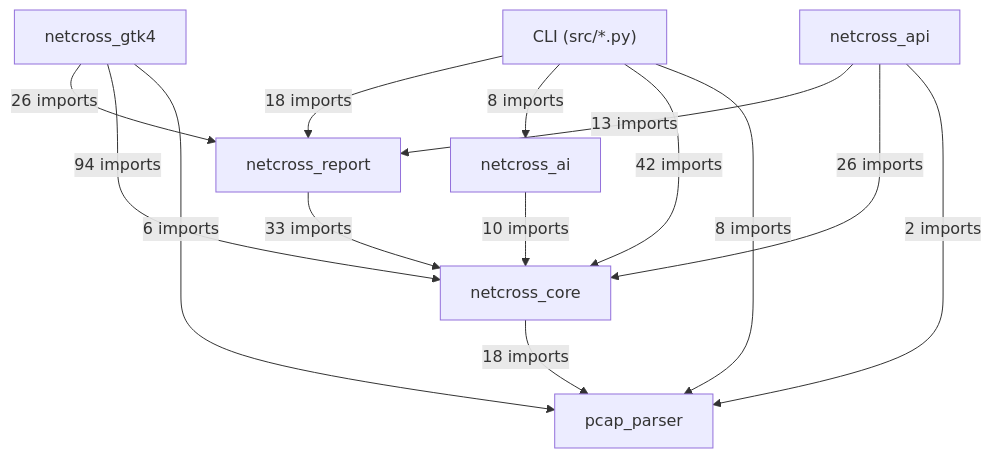
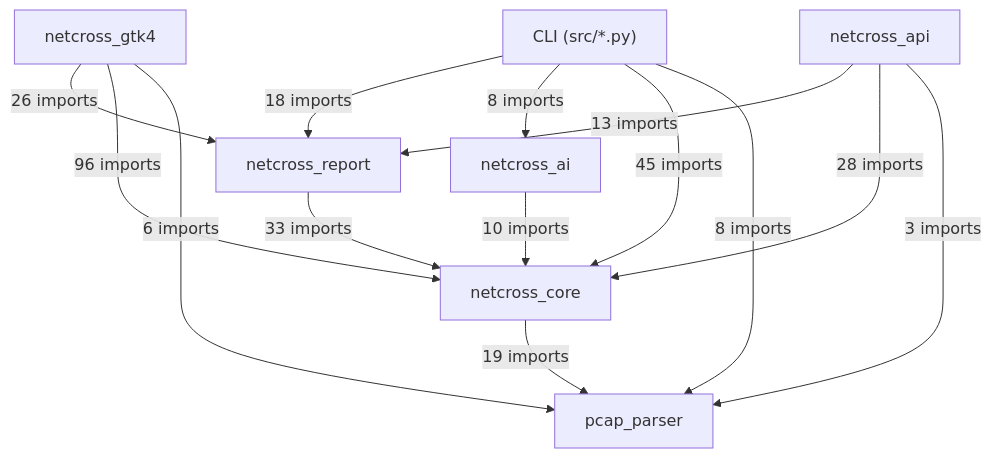
Before and after one commit to Mathide-Team/Netcross: the first of 20 diagrams in docs/class-diagram.md, drawn with Mermaid. The commit also changed other lines of this file and 12 other files, not shown here.

````diff
--- a/docs/class-diagram.md
+++ b/docs/class-diagram.md
@@ -26,23 +26,23 @@
 ```mermaid
 flowchart TD
     CLI["CLI (src/*.py)"]
     netcross_gtk4["netcross_gtk4"]
     netcross_api["netcross_api"]
     netcross_report["netcross_report"]
     netcross_ai["netcross_ai"]
     netcross_core["netcross_core"]
     pcap_parser["pcap_parser"]
     CLI -->|"18 imports"| netcross_report
     CLI -->|"8 imports"| netcross_ai
-    CLI -->|"42 imports"| netcross_core
+    CLI -->|"45 imports"| netcross_core
     CLI -->|"8 imports"| pcap_parser
     netcross_gtk4 -->|"26 imports"| netcross_report
-    netcross_gtk4 -->|"94 imports"| netcross_core
+    netcross_gtk4 -->|"96 imports"| netcross_core
     netcross_gtk4 -->|"6 imports"| pcap_parser
     netcross_api -->|"13 imports"| netcross_report
-    netcross_api -->|"26 imports"| netcross_core
-    netcross_api -->|"2 imports"| pcap_parser
+    netcross_api -->|"28 imports"| netcross_core
+    netcross_api -->|"3 imports"| pcap_parser
     netcross_report -->|"33 imports"| netcross_core
     netcross_ai -->|"10 imports"| netcross_core
-    netcross_core -->|"18 imports"| pcap_parser
+    netcross_core -->|"19 imports"| pcap_parser
 ```
````
